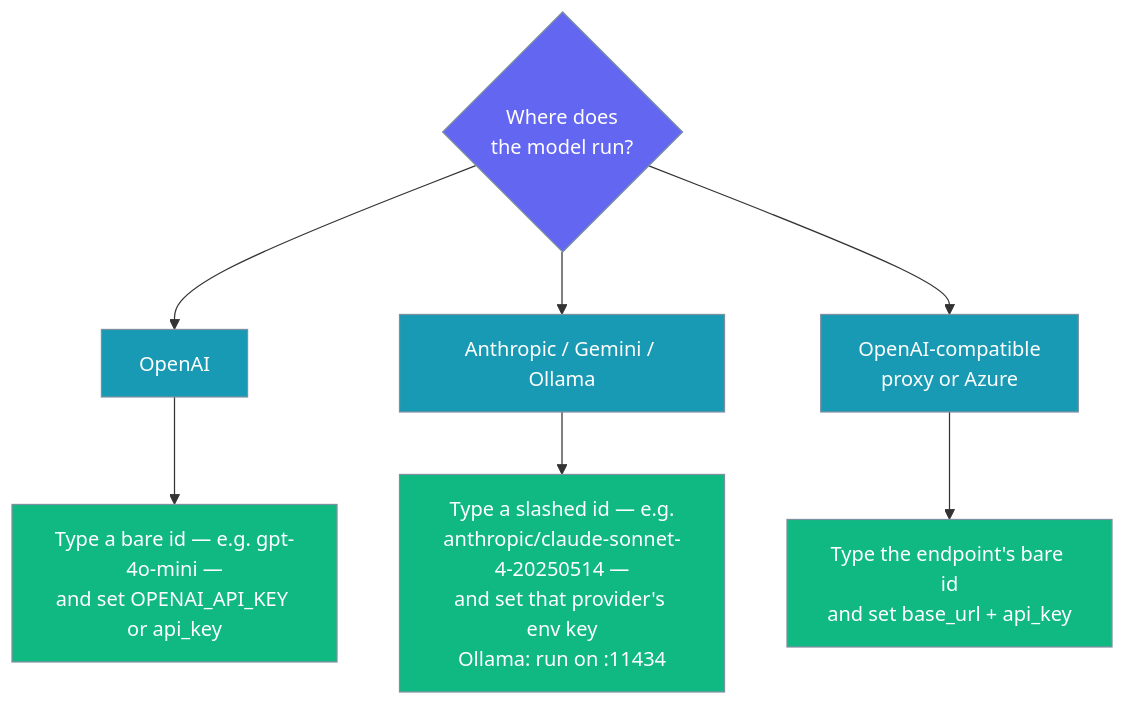
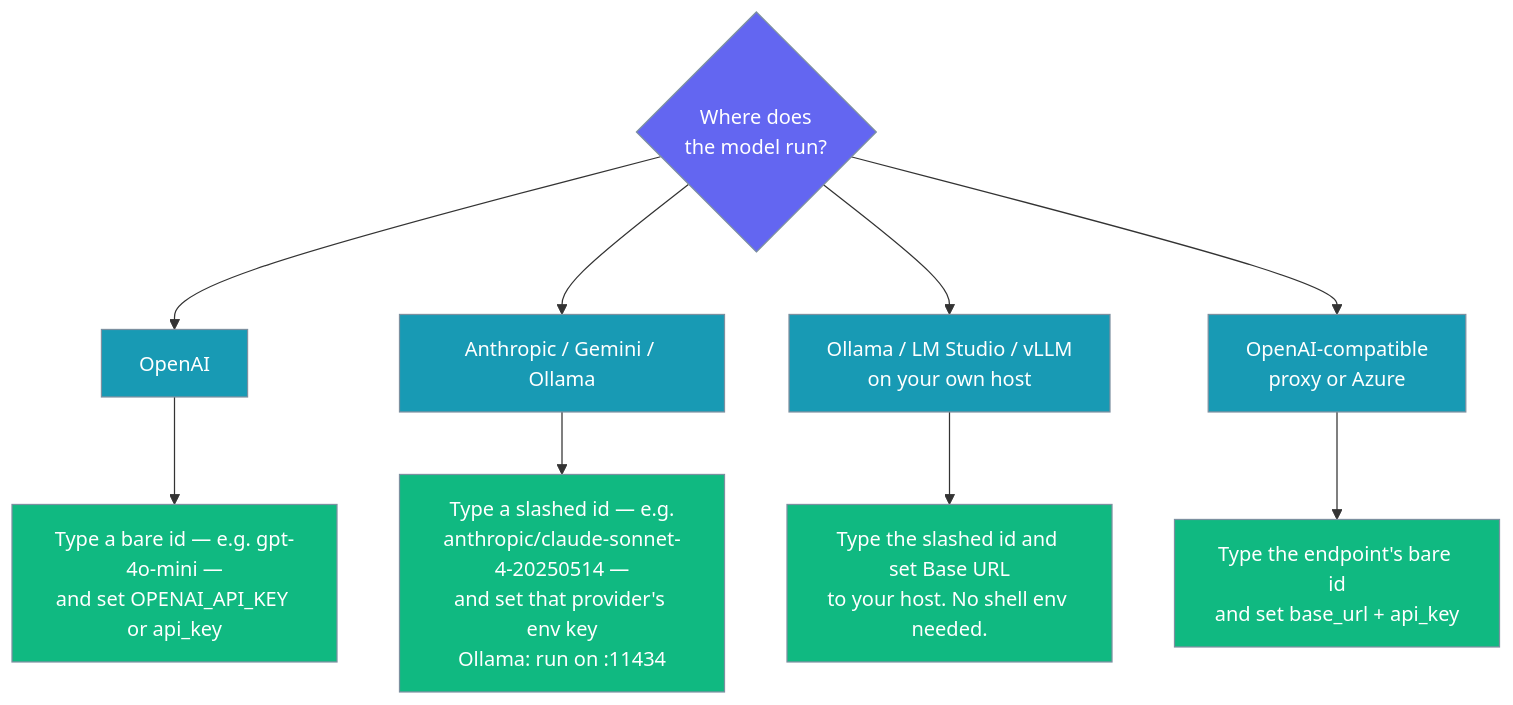
Before and after one commit to MervinPraison/PraisonAIDocs: the third of 3 diagrams in docs/features/desktop/models.mdx, drawn with Mermaid. The commit also changed other lines of this file and 6 other files, not shown here.

````diff
--- a/docs/features/desktop/models.mdx
+++ b/docs/features/desktop/models.mdx
@@ -162,18 +180,20 @@
 ```mermaid
 graph TB
     Start{Where does<br/>the model run?} --> P1[OpenAI]
     Start --> P2[Anthropic / Gemini / Ollama]
+    Start --> P4[Ollama / LM Studio / vLLM<br/>on your own host]
     Start --> P3[OpenAI-compatible<br/>proxy or Azure]
 
     P1 --> A1[Type a bare id — e.g. gpt-4o-mini —<br/>and set OPENAI_API_KEY or api_key]
     P2 --> A2[Type a slashed id — e.g.<br/>anthropic/claude-sonnet-4-20250514 —<br/>and set that provider's env key<br/>Ollama: run on :11434]
+    P4 --> A4[Type the slashed id and set Base URL<br/>to your host. No shell env needed.]
     P3 --> A3[Type the endpoint's bare id<br/>and set base_url + api_key]
 
     classDef q fill:#6366F1,stroke:#7C90A0,color:#fff
     classDef opt fill:#189AB4,stroke:#7C90A0,color:#fff
     classDef out fill:#10B981,stroke:#7C90A0,color:#fff
 
     class Start q
-    class P1,P2,P3 opt
-    class A1,A2,A3 out
+    class P1,P2,P3,P4 opt
+    class A1,A2,A3,A4 out
 ```
````
